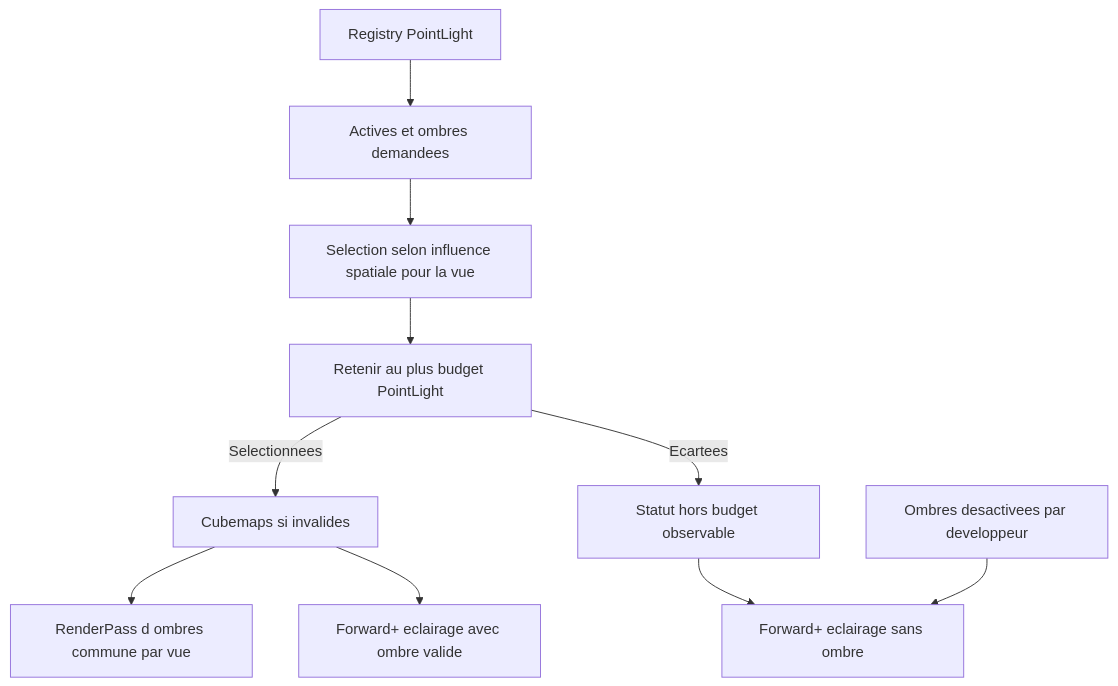
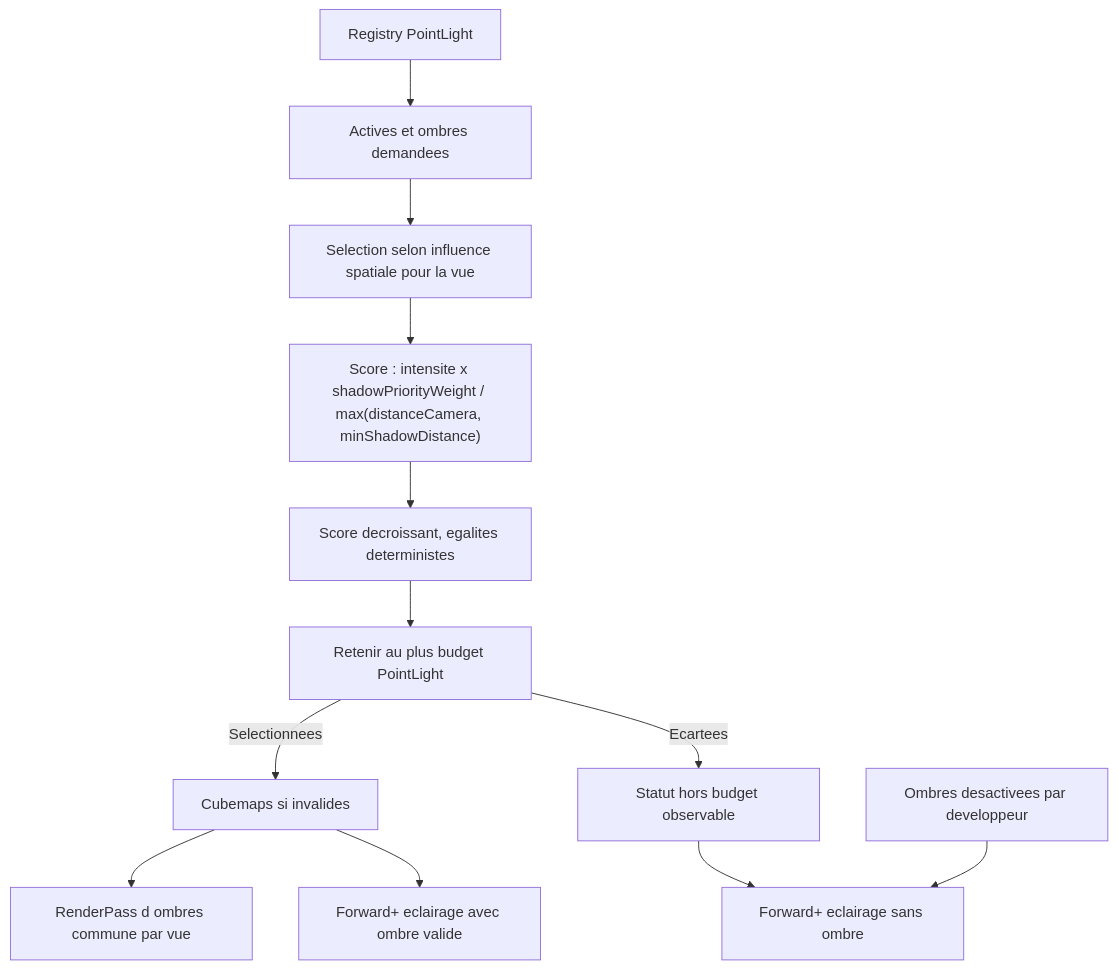
One commit to EreliaStudio/Sparkle changed the eighth of 18 diagrams in docs/voxel-engine-v0.1.4-specification.md. Above: the diagram before and after it, drawn with Mermaid. The commit also changed other lines of this file, not shown here.

Commit message:
docs(v0.1.4): rank point-light shadow candidates by weighted intensity over bounded camera distance

````diff
--- a/docs/voxel-engine-v0.1.4-specification.md
+++ b/docs/voxel-engine-v0.1.4-specification.md
@@ -681,12 +695,14 @@
 ```mermaid
 flowchart TD
   Registry["Registry PointLight"] --> Eligible["Actives et ombres demandees"]
   Eligible --> Relevant["Selection selon influence spatiale pour la vue"]
-  Relevant --> Limit["Retenir au plus budget PointLight"]
+  Relevant --> Score["Score : intensite x shadowPriorityWeight / max(distanceCamera, minShadowDistance)"]
+  Score --> Order["Score decroissant, egalites deterministes"]
+  Order --> Limit["Retenir au plus budget PointLight"]
   Limit -->|"Selectionnees"| Cubes["Cubemaps si invalides"]
   Cubes --> Pass["RenderPass d ombres commune par vue"]
   Cubes --> Lit["Forward+ eclairage avec ombre valide"]
   Limit -->|"Ecartees"| Status["Statut hors budget observable"]
   Status --> Unshadowed["Forward+ eclairage sans ombre"]
   Off["Ombres desactivees par developpeur"] --> Unshadowed
 ```
````
